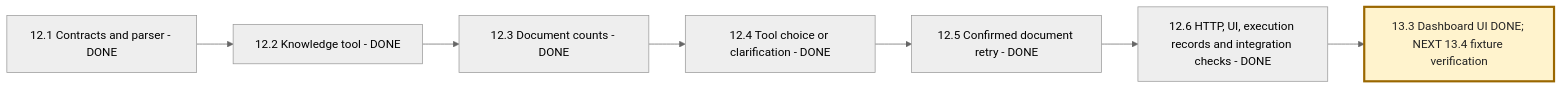
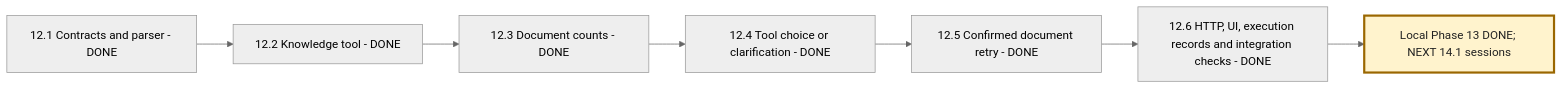
The fourth of 5 diagrams in NEXAAI_ROADMAP.md (msdian0007/nexaAi), drawn with Mermaid (neutral theme) before and after one commit. The commit also changed other lines of this file and 4 other files, not shown here.

````diff
--- a/NEXAAI_ROADMAP.md
+++ b/NEXAAI_ROADMAP.md
@@ -306,10 +306,10 @@
 ```mermaid
 flowchart LR
     A[12.1 Contracts and parser - DONE] --> B[12.2 Knowledge tool - DONE]
     B --> C[12.3 Document counts - DONE]
     C --> D[12.4 Tool choice or clarification - DONE]
     D --> E[12.5 Confirmed document retry - DONE]
     E --> F[12.6 HTTP, UI, execution records and integration checks - DONE]
-    F --> G[13.3 Dashboard UI DONE; NEXT 13.4 fixture verification]
+    F --> G[Local Phase 13 DONE; NEXT 14.1 sessions]
     style G fill:#fff3cd,stroke:#9a6700,stroke-width:3px,color:#222
 ```
````
